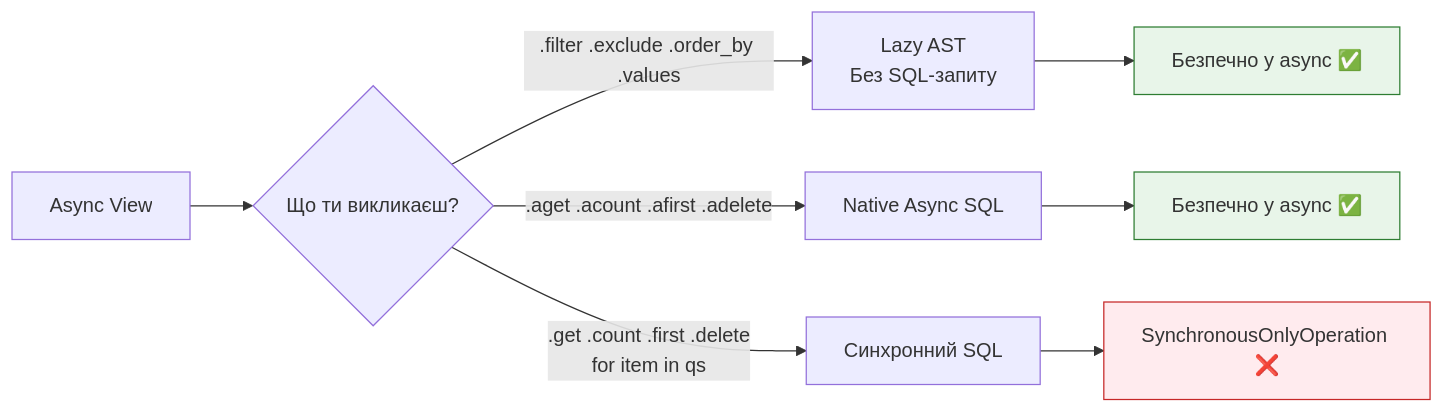
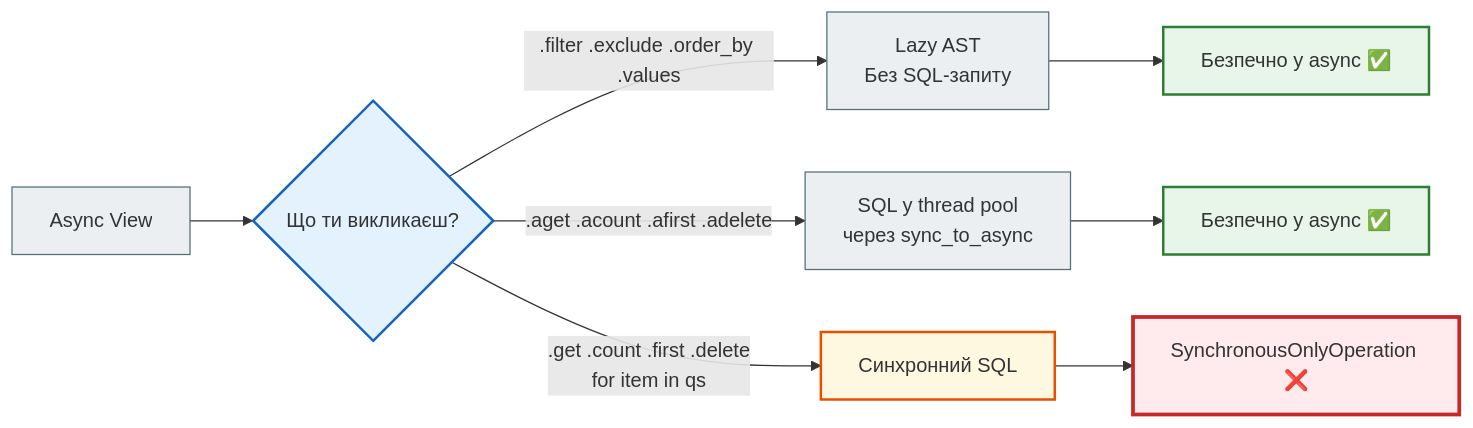
Before and after one commit to NikoriakViktot/notes_chat_app: the first of 2 diagrams in docs/09_async_and_realtime/async_05_async_orm_full.md, drawn with Mermaid. The commit also changed other lines of this file and 441 other files, not shown here.

First line of the commit message:
Add English version of the book, Mermaid standard, docs fixes

````diff
--- a/docs/09_async_and_realtime/async_05_async_orm_full.md
+++ b/docs/09_async_and_realtime/async_05_async_orm_full.md
@@ -72,17 +72,24 @@
 ```mermaid
 graph LR
     A[Async View] --> B{Що ти викликаєш?}
 
-    B -->|.filter .exclude .order_by .values| C[Lazy AST\nБез SQL-запиту]
+    B -->|.filter .exclude .order_by .values| C["Lazy AST<br>Без SQL-запиту"]
     C --> D[Безпечно у async ✅]
 
-    B -->|.aget .acount .afirst .adelete| E[Native Async SQL]
+    B -->|.aget .acount .afirst .adelete| E["SQL у thread pool<br>через sync_to_async"]
     E --> F[Безпечно у async ✅]
 
-    B -->|.get .count .first .delete\nfor item in qs| G[Синхронний SQL]
+    B -->|.get .count .first .delete<br>for item in qs| G[Синхронний SQL]
     G --> H[SynchronousOnlyOperation ❌]
 
-    style D fill:#e8f5e9,stroke:#2e7d32
-    style F fill:#e8f5e9,stroke:#2e7d32
-    style H fill:#ffebee,stroke:#c62828
+    classDef step     fill:#eceff1,stroke:#546e7a,stroke-width:1px;
+    classDef decision fill:#e3f2fd,stroke:#1565c0,stroke-width:2px;
+    classDef success  fill:#e8f5e9,stroke:#2e7d32,stroke-width:2px;
+    classDef error    fill:#ffebee,stroke:#c62828,stroke-width:3px;
+    classDef warning  fill:#fff8e1,stroke:#e65100,stroke-width:2px;
+    class A,C,E step;
+    class B decision;
+    class D,F success;
+    class H error;
+    class G warning;
 ```
````
